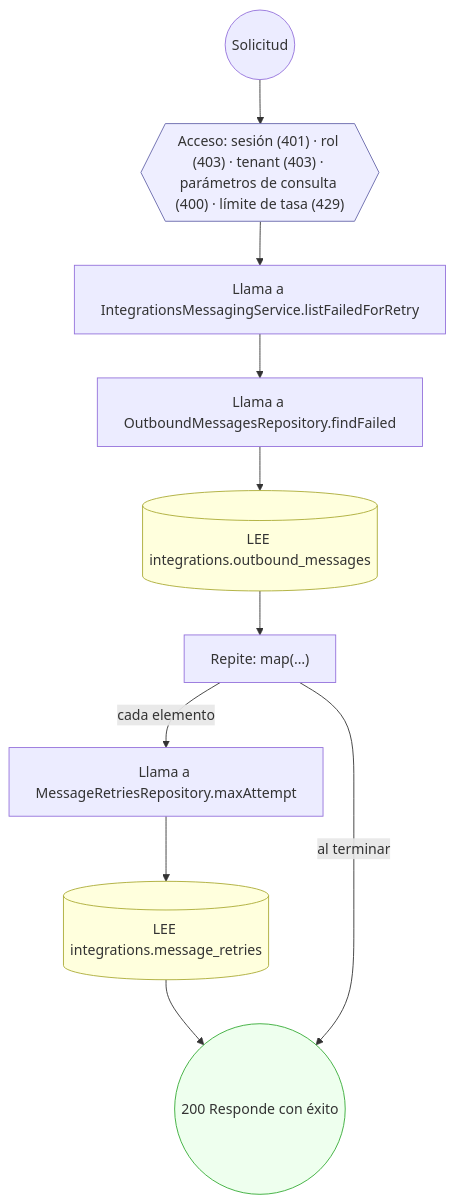
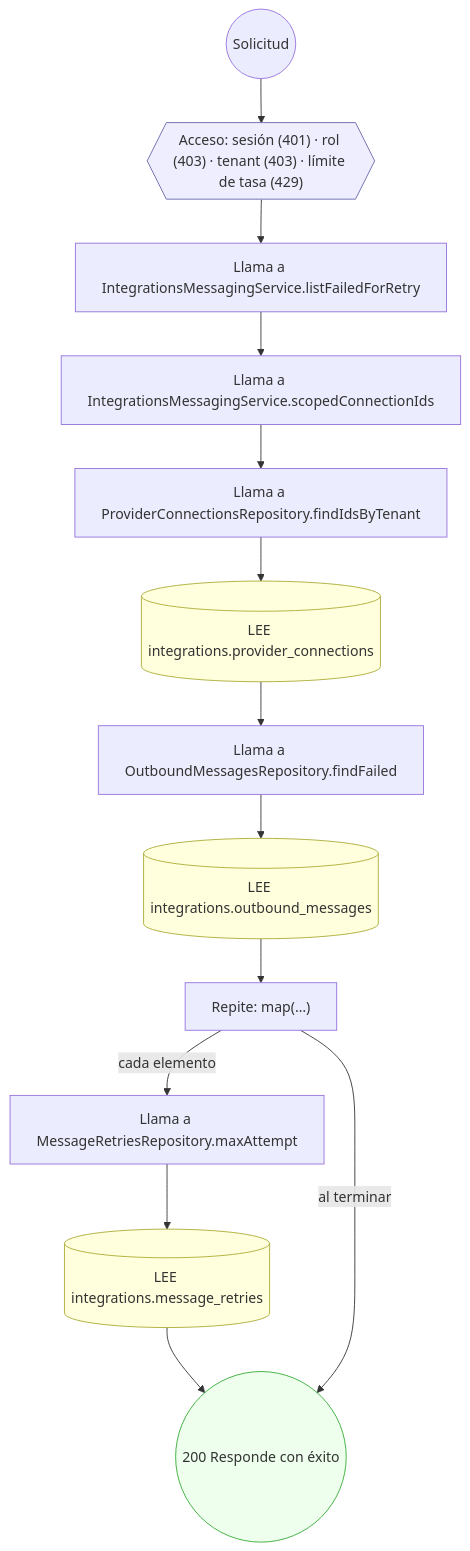
The ninth of 14 diagrams in docs/inventario/flujos/integrations.md (mdavila-2001/mantra-core-health-api), drawn with Mermaid before and after one commit. The commit also changed other lines of this file and 438 other files, not shown here.

````diff
--- a/docs/inventario/flujos/integrations.md
+++ b/docs/inventario/flujos/integrations.md
@@ -608,27 +617,33 @@
 ```mermaid
 flowchart TD
   n1(("Solicitud")):::inicio
-  n2{{"Acceso: sesión (401) · rol (403) · tenant (403) · parámetros de consulta (400) · límite de tasa (429)"}}:::acceso
+  n2{{"Acceso: sesión (401) · rol (403) · tenant (403) · límite de tasa (429)"}}:::acceso
   n1 --> n2
   n3["Llama a IntegrationsMessagingService.listFailedForRetry"]:::llamada
   n2 --> n3
-  n4["Llama a OutboundMessagesRepository.findFailed"]:::llamada
+  n4["Llama a IntegrationsMessagingService.scopedConnectionIds"]:::llamada
   n3 --> n4
-  n5[("LEE integrations.outbound_messages")]:::efecto
+  n5["Llama a ProviderConnectionsRepository.findIdsByTenant"]:::llamada
   n4 --> n5
-  n6["Repite: map(…)"]:::bucle
+  n6[("LEE integrations.provider_connections")]:::efecto
   n5 --> n6
-  n7["Llama a MessageRetriesRepository.maxAttempt"]:::llamada
-  n6 -->|"cada elemento"| n7
-  n8[("LEE integrations.message_retries")]:::efecto
+  n7["Llama a OutboundMessagesRepository.findFailed"]:::llamada
+  n6 --> n7
+  n8[("LEE integrations.outbound_messages")]:::efecto
   n7 --> n8
-  n9(("200 Responde con éxito")):::ok
+  n9["Repite: map(…)"]:::bucle
   n8 --> n9
-  n6 -->|"al terminar"| n9
+  n10["Llama a MessageRetriesRepository.maxAttempt"]:::llamada
+  n9 -->|"cada elemento"| n10
+  n11[("LEE integrations.message_retries")]:::efecto
+  n10 --> n11
+  n12(("200 Responde con éxito")):::ok
+  n11 --> n12
+  n9 -->|"al terminar"| n12
   classDef acceso fill:#eef,stroke:#66a
   classDef error fill:#fee,stroke:#c33
   classDef ok fill:#efe,stroke:#3a3
   classDef efecto fill:#ffd,stroke:#aa3
   classDef decision fill:#fff,stroke:#555
   classDef corte fill:#eee,stroke:#999,stroke-dasharray: 4
 ```
````
